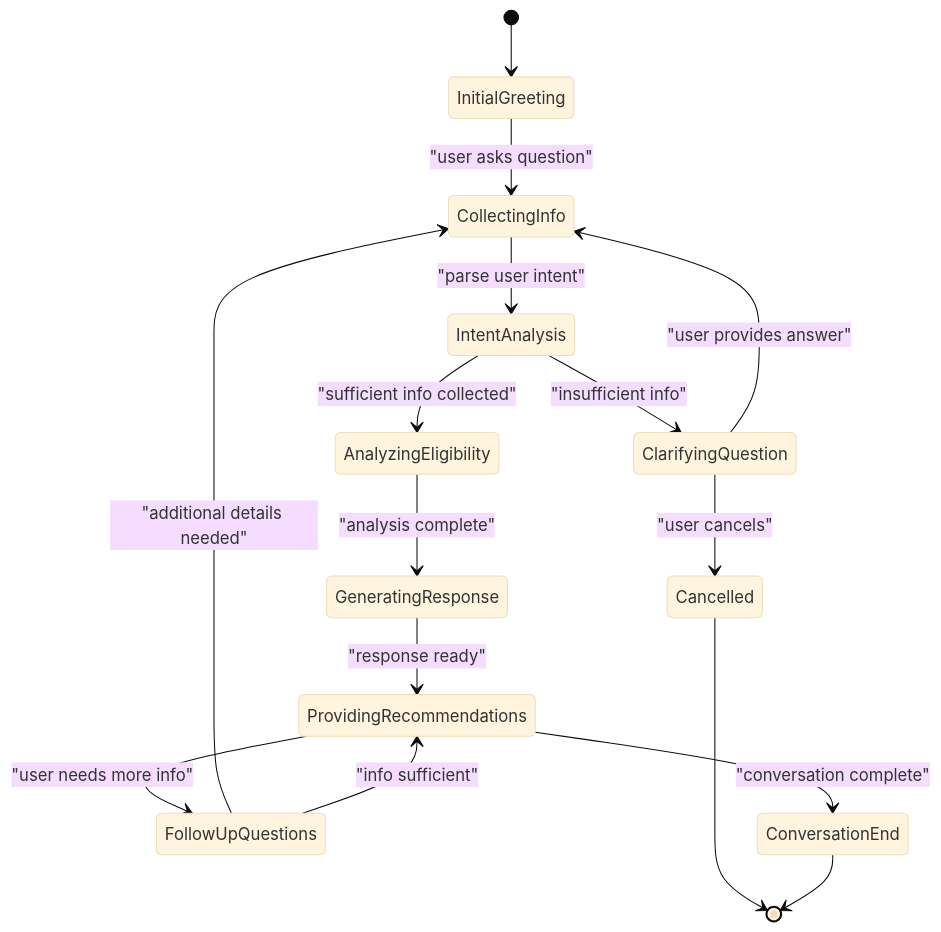
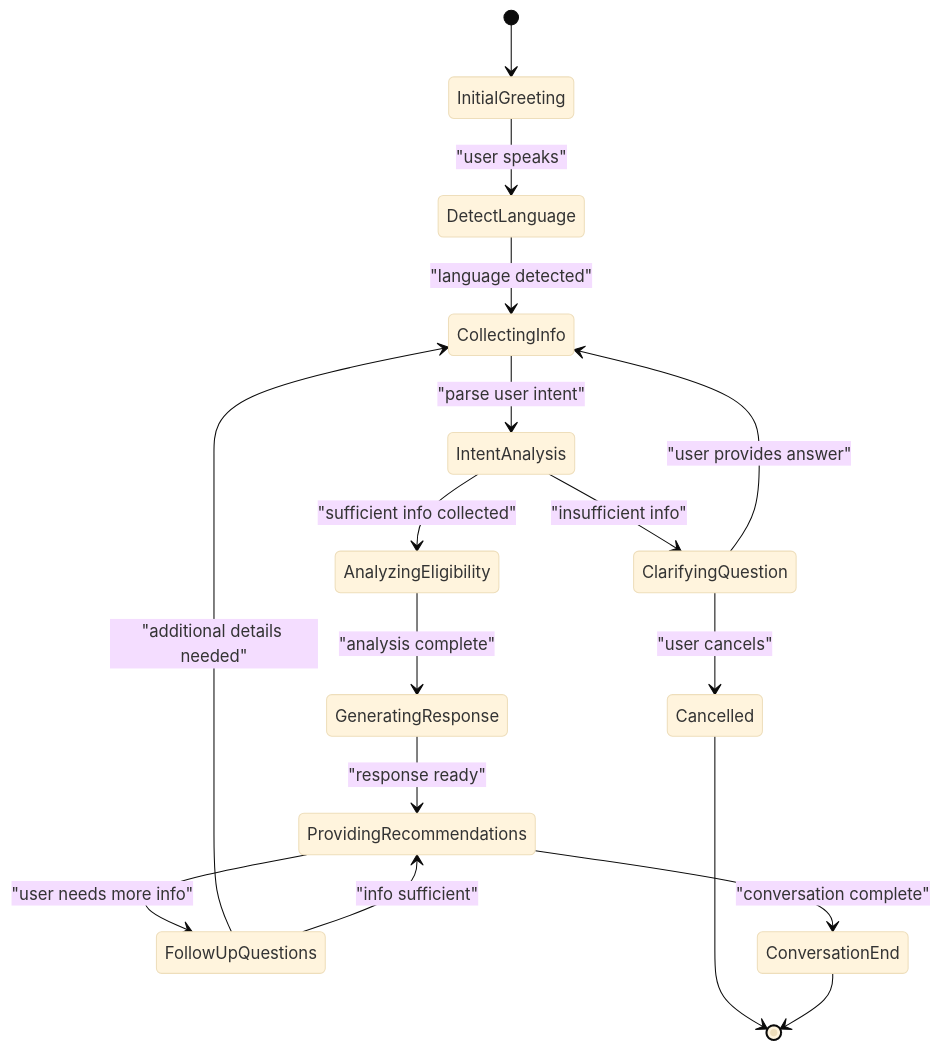
The eighth of 9 diagrams in .qoder/repowiki/en/content/Chat Interface/AI Processing Engine.md (alibaba-hackathon-fsi/frontend-vaya), drawn with Mermaid (base theme) before and after one commit. The commit also changed other lines of this file and 36 other files, not shown here.

````diff
--- a/.qoder/repowiki/en/content/Chat Interface/AI Processing Engine.md
+++ b/.qoder/repowiki/en/content/Chat Interface/AI Processing Engine.md
@@ -445,18 +527,19 @@
 ```mermaid
 stateDiagram-v2
 [*] --> InitialGreeting
-InitialGreeting --> CollectingInfo : "user asks question"
+InitialGreeting --> DetectLanguage : "user speaks"
+DetectLanguage --> CollectingInfo : "language detected"
 CollectingInfo --> IntentAnalysis : "parse user intent"
 IntentAnalysis --> ClarifyingQuestion : "insufficient info"
 IntentAnalysis --> AnalyzingEligibility : "sufficient info collected"
 ClarifyingQuestion --> CollectingInfo : "user provides answer"
 ClarifyingQuestion --> Cancelled : "user cancels"
 AnalyzingEligibility --> GeneratingResponse : "analysis complete"
 GeneratingResponse --> ProvidingRecommendations : "response ready"
 ProvidingRecommendations --> FollowUpQuestions : "user needs more info"
 ProvidingRecommendations --> ConversationEnd : "conversation complete"
 FollowUpQuestions --> CollectingInfo : "additional details needed"
 FollowUpQuestions --> ProvidingRecommendations : "info sufficient"
 Cancelled --> [*]
 ConversationEnd --> [*]
 ```
````
